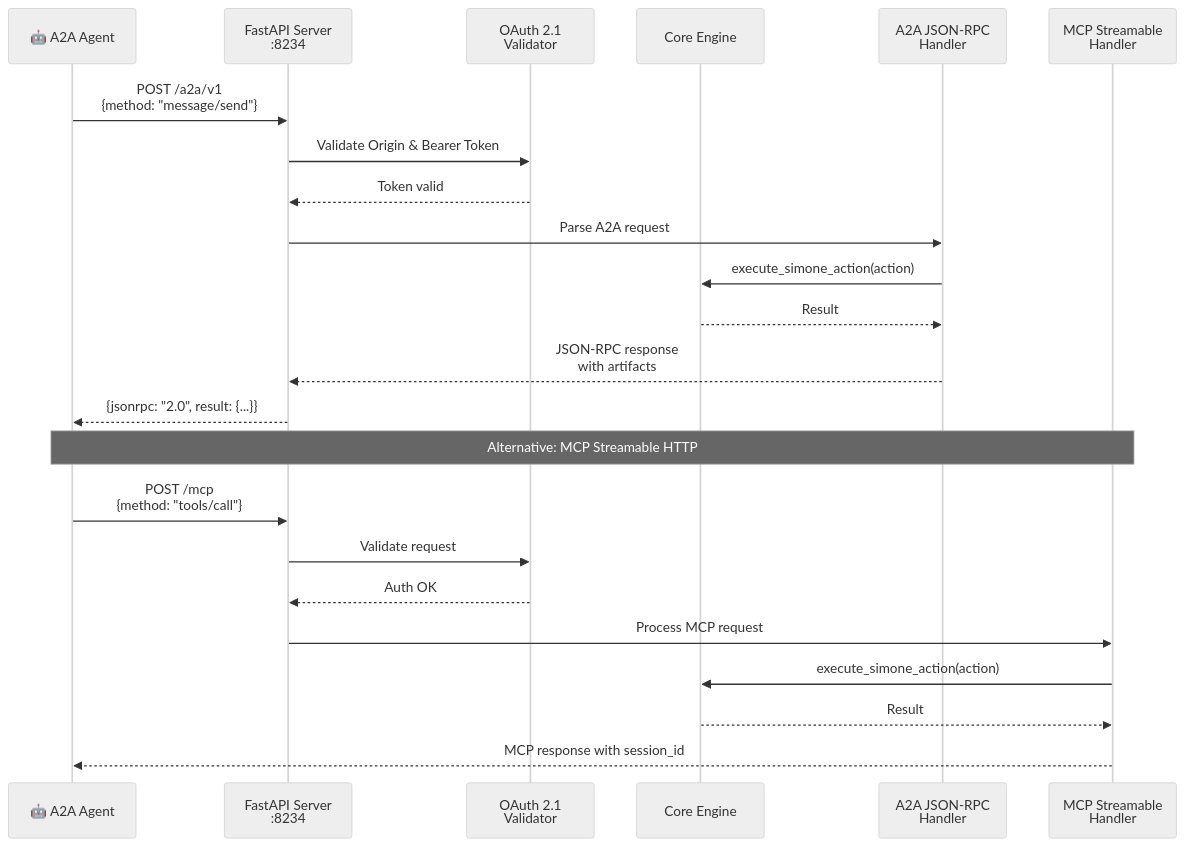
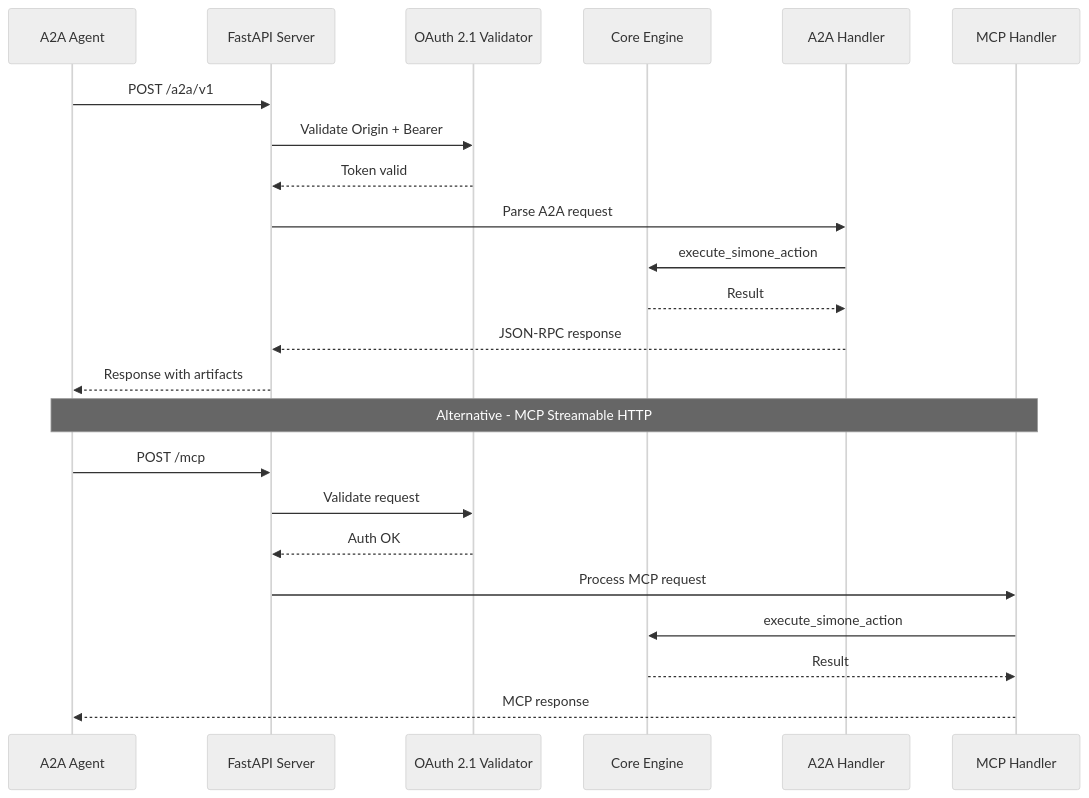
Before and after one commit to OpenSIN-Code/SIN-Code: the third of 15 diagrams in legacy/simone-mcp/docs/architecture.md, drawn with Mermaid (neutral theme). The commit also changed other lines of this file, not shown here.

First line of the commit message:
Fix ALL Mermaid diagram syntax errors - enterprise-level compliance

````diff
--- a/legacy/simone-mcp/docs/architecture.md
+++ b/legacy/simone-mcp/docs/architecture.md
@@ -123,29 +128,28 @@
 ```mermaid
 sequenceDiagram
-    participant Agent as 🤖 A2A Agent
-    participant HTTP as FastAPI Server<br/>:8234
-    participant AUTH as OAuth 2.1<br/>Validator
+    participant Agent as A2A Agent
+    participant HTTP as FastAPI Server
+    participant AUTH as OAuth 2.1 Validator
     participant CORE as Core Engine
-    participant A2A as A2A JSON-RPC<br/>Handler
-    participant MCP as MCP Streamable<br/>Handler
+    participant A2A as A2A Handler
+    participant MCP as MCP Handler
 
-    Agent->>HTTP: POST /a2a/v1<br/>{method: "message/send"}
-    HTTP->>AUTH: Validate Origin & Bearer Token
+    Agent->>HTTP: POST /a2a/v1
+    HTTP->>AUTH: Validate Origin + Bearer
     AUTH-->>HTTP: Token valid
     
     HTTP->>A2A: Parse A2A request
-    A2A->>CORE: execute_simone_action(action)
+    A2A->>CORE: execute_simone_action
     CORE-->>A2A: Result
+    A2A-->>HTTP: JSON-RPC response
+    HTTP-->>Agent: Response with artifacts
     
-    A2A-->>HTTP: JSON-RPC response<br/>with artifacts
-    HTTP-->>Agent: {jsonrpc: "2.0", result: {...}}
-    
-    Note over Agent,MCP: Alternative: MCP Streamable HTTP
-    Agent->>HTTP: POST /mcp<br/>{method: "tools/call"}
+    Note over Agent,MCP: Alternative - MCP Streamable HTTP
+    Agent->>HTTP: POST /mcp
     HTTP->>AUTH: Validate request
     AUTH-->>HTTP: Auth OK
     HTTP->>MCP: Process MCP request
-    MCP->>CORE: execute_simone_action(action)
+    MCP->>CORE: execute_simone_action
     CORE-->>MCP: Result
-    MCP-->>Agent: MCP response with session_id
+    MCP-->>Agent: MCP response
 ```
````
